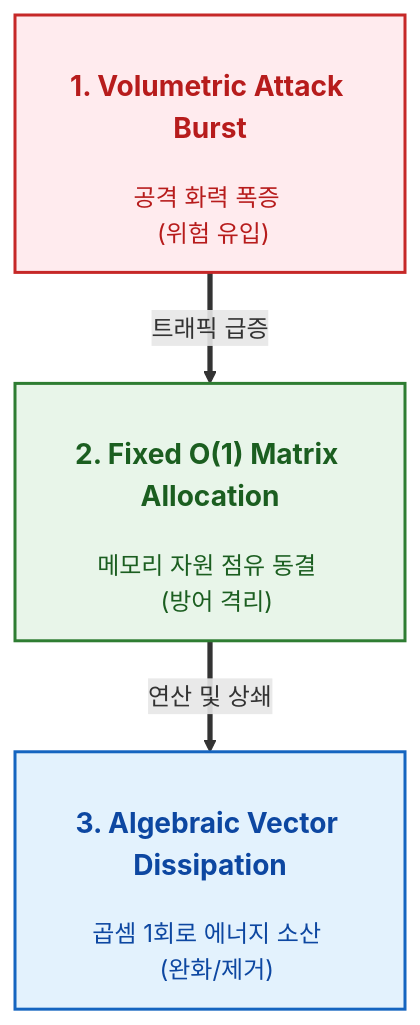
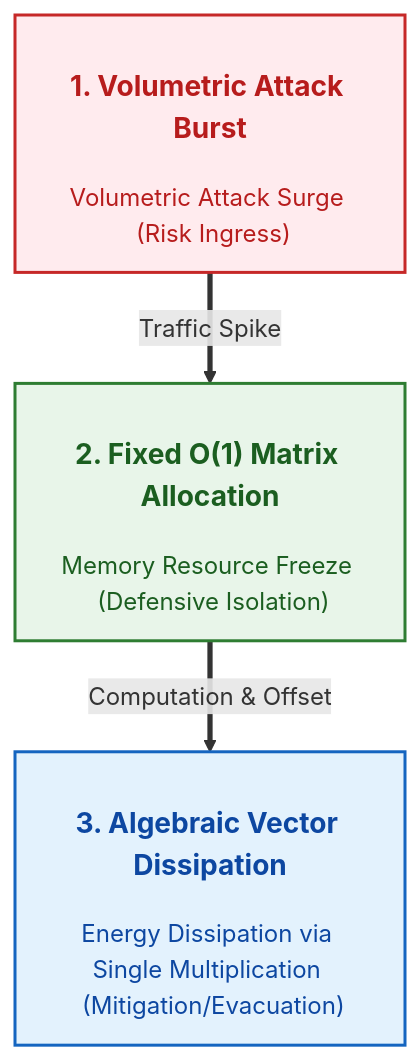
Before and after one commit to PJHkorea/homeostasis-ingress-firewall: the first of 2 diagrams in docs/ARCHITECTURE.md, drawn with Mermaid. The commit also changed other lines of this file, not shown here.

````diff
--- a/docs/ARCHITECTURE.md
+++ b/docs/ARCHITECTURE.md
@@ -22,17 +22,18 @@
 ```mermaid
 flowchart TD
     %% 노드 정의
-    A["<h3>1. Volumetric Attack Burst</h3><p>공격 화력 폭증 </br> (위험 유입)</p>"]
-    B["<h3>2. Fixed O(1) Matrix Allocation</h3><p>메모리 자원 점유 동결 </br>  (방어 격리)</p>"]
-    C["<h3>3. Algebraic Vector Dissipation</h3><p>곱셈 1회로 에너지 소산 </br>  (완화/제거)</p>"]
+    A["<h3>1. Volumetric Attack Burst</h3><p>Volumetric Attack Surge </br> (Risk Ingress)</p>"]
+    B["<h3>2. Fixed O(1) Matrix Allocation</h3><p>Memory Resource Freeze </br> (Defensive Isolation)</p>"]
+    C["<h3>3. Algebraic Vector Dissipation</h3><p>Energy Dissipation via Single Multiplication </br> (Mitigation/Evacuation)</p>"]
 
     %% 흐름 연결
-    A ==>|트래픽 급증| B
-    B ==>|연산 및 상쇄| C
+    A ==>|Traffic Spike| B
+    B ==>|Computation & Offset| C
 
     %% 스타일링
     style A fill:#ffebee,stroke:#c62828,stroke-width:2px,color:#b71c1c
     style B fill:#e8f5e9,stroke:#2e7d32,stroke-width:2px,color:#1b5e20
     style C fill:#e3f2fd,stroke:#1565c0,stroke-width:2px,color:#0d47a1
 
+
 ```
````
